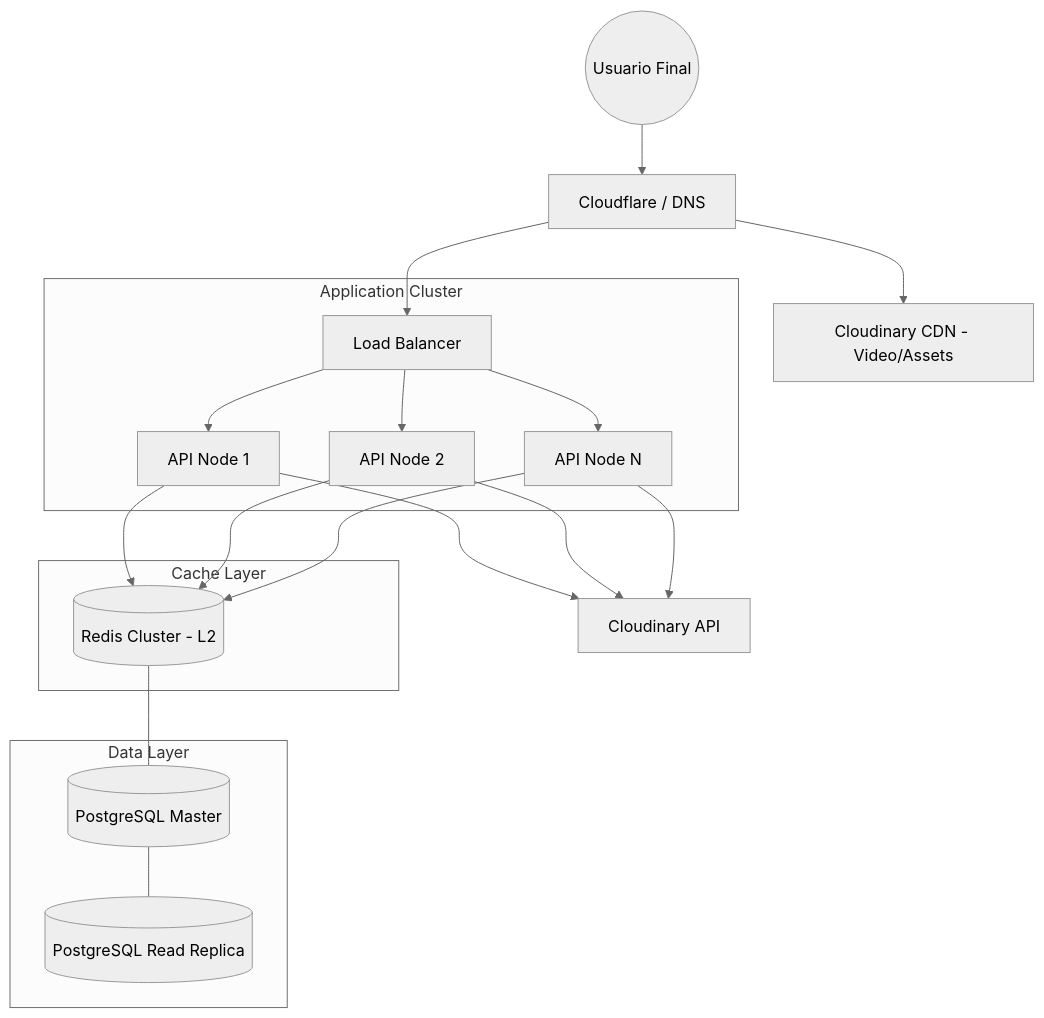
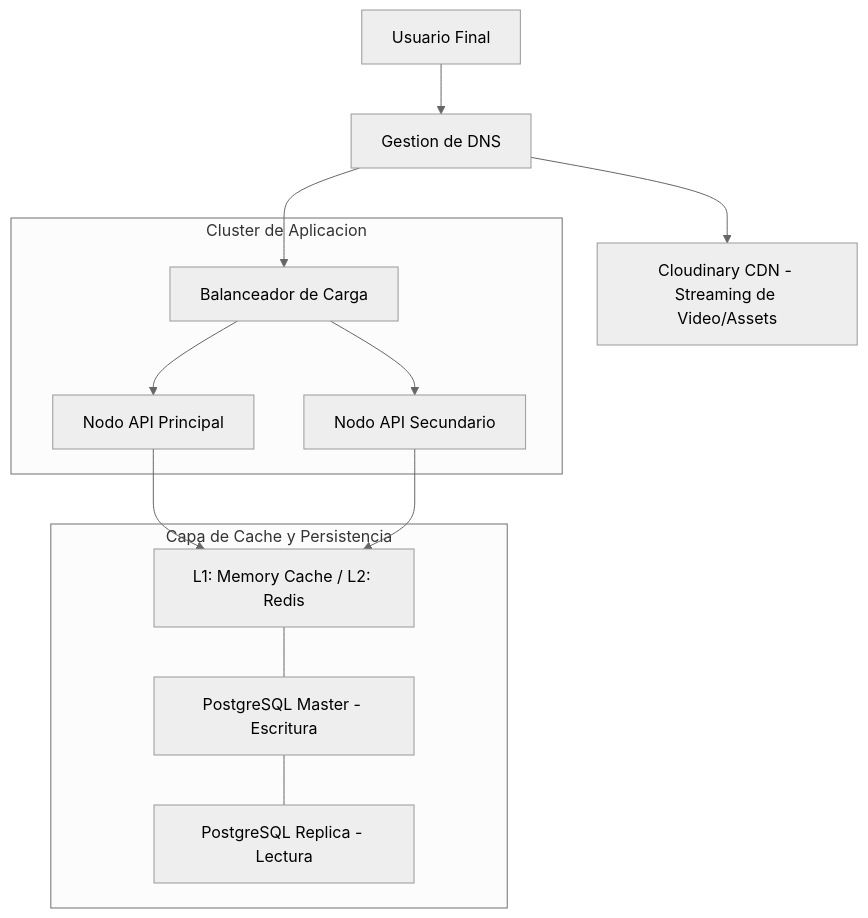
One commit to Mylisuthy/StarterLogin changed the second of 2 diagrams in README.md. Above: the diagram before and after it, drawn with Mermaid (neutral theme). The commit also changed other lines of this file and 15 other files, not shown here.

````diff
--- a/README.md
+++ b/README.md
@@ -30,23 +58,17 @@
 ```mermaid
 graph TD
-    User((Usuario Final)) --> DNS[Cloudflare / DNS]
-    DNS --> CDN[Cloudinary CDN - Video/Assets]
-    DNS --> LB[Load Balancer]
+    User[Usuario Final] --> DNS[Gestion de DNS]
+    DNS --> CDN[Cloudinary CDN - Streaming de Video/Assets]
+    DNS --> LB[Balanceador de Carga]
     
-    subgraph "Application Cluster"
-        LB --> API1[API Node 1]
-        LB --> API2[API Node 2]
-        LB --> APIn[API Node N]
+    subgraph "Cluster de Aplicacion"
+        LB --> API1[Nodo API Principal]
+        LB --> API2[Nodo API Secundario]
     end
 
-    subgraph "Cache Layer"
-        API1 & API2 & APIn --> Redis[(Redis Cluster - L2)]
+    subgraph "Capa de Cache y Persistencia"
+        API1 & API2 --> Cache[L1: Memory Cache / L2: Redis]
+        Cache --- DB_M[PostgreSQL Master - Escritura]
+        DB_M --- DB_R1[PostgreSQL Replica - Lectura]
     end
-
-    subgraph "Data Layer"
-        Redis --- DB_Master[(PostgreSQL Master)]
-        DB_Master --- DB_Slave[(PostgreSQL Read Replica)]
-    end
-
-    API1 & API2 & APIn --> Cloudinary[Cloudinary API]
 ```
````
